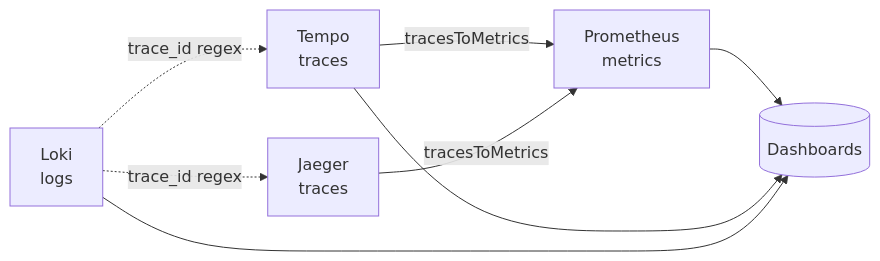
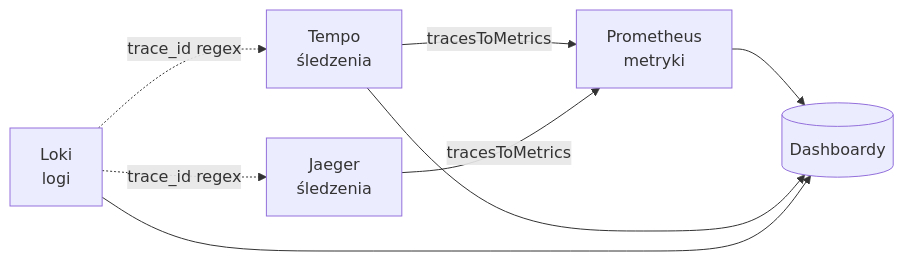
One commit to leszek3737/librefang-WIki changed the diagram in deploy-grafana.md. Above: the diagram before and after it, drawn with Mermaid. The commit also changed other lines of this file and 104 other files, not shown here.

````diff
--- a/deploy-grafana.md
+++ b/deploy-grafana.md
@@ -33,10 +33,10 @@
 ```mermaid
 graph LR
-  L[Loki<br/>logs] -. trace_id regex .-> T[Tempo<br/>traces]
-  L -. trace_id regex .-> J[Jaeger<br/>traces]
-  T -- tracesToMetrics --> P[Prometheus<br/>metrics]
+  L[Loki<br/>logi] -. trace_id regex .-> T[Tempo<br/>śledzenia]
+  L -. trace_id regex .-> J[Jaeger<br/>śledzenia]
+  T -- tracesToMetrics --> P[Prometheus<br/>metryki]
   J -- tracesToMetrics --> P
-  P --> D[(Dashboards)]
+  P --> D[(Dashboardy)]
   T --> D
   L --> D
 ```
````
